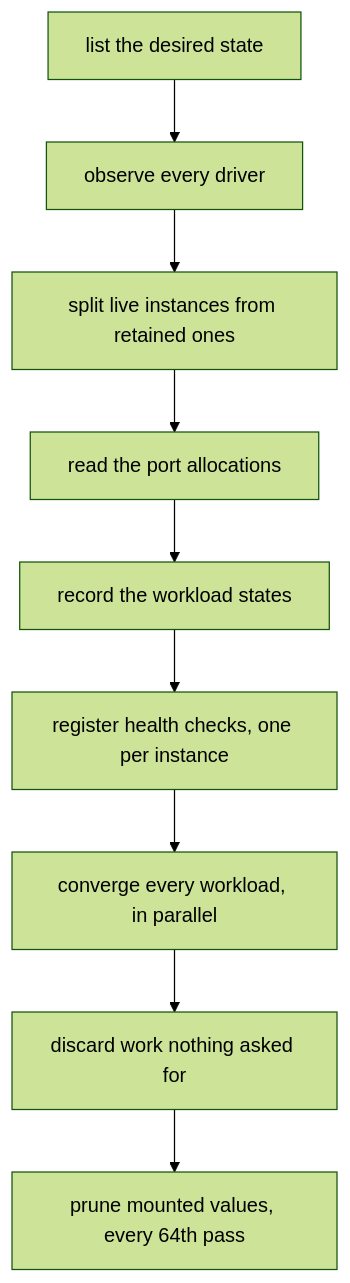
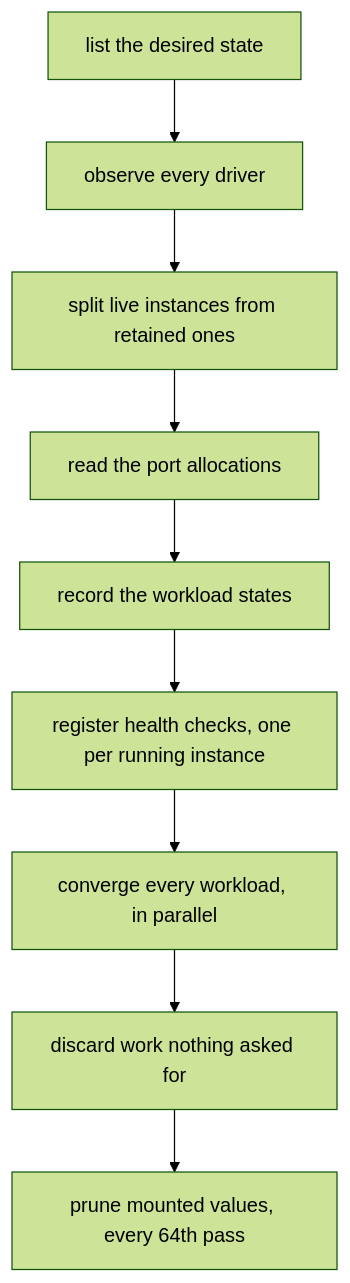
Before and after one commit to dsb-labs/takt: the second of 5 diagrams in docs/reconciliation.md, drawn with Mermaid (forest theme). The commit also changed 1 other file, not shown here.

Commit message:
docs: say when a health check's start period begins
This commit says in the manifest reference that the start period counts
from when the reconciler first sees the instance running, and corrects
the pass diagram to register one check per running instance.

````diff
--- a/docs/reconciliation.md
+++ b/docs/reconciliation.md
@@ -70,11 +70,11 @@
 ```mermaid
 flowchart TD
     list["list the desired state"] --> observe["observe every driver"]
     observe --> split["split live instances from retained ones"]
     split --> ports["read the port allocations"]
     ports --> measure["record the workload states"]
-    measure --> register["register health checks, one per instance"]
+    measure --> register["register health checks, one per running instance"]
     register --> converge["converge every workload, in parallel"]
     converge --> orphans["discard work nothing asked for"]
     orphans --> prune["prune mounted values, every 64th pass"]
 ```
````
